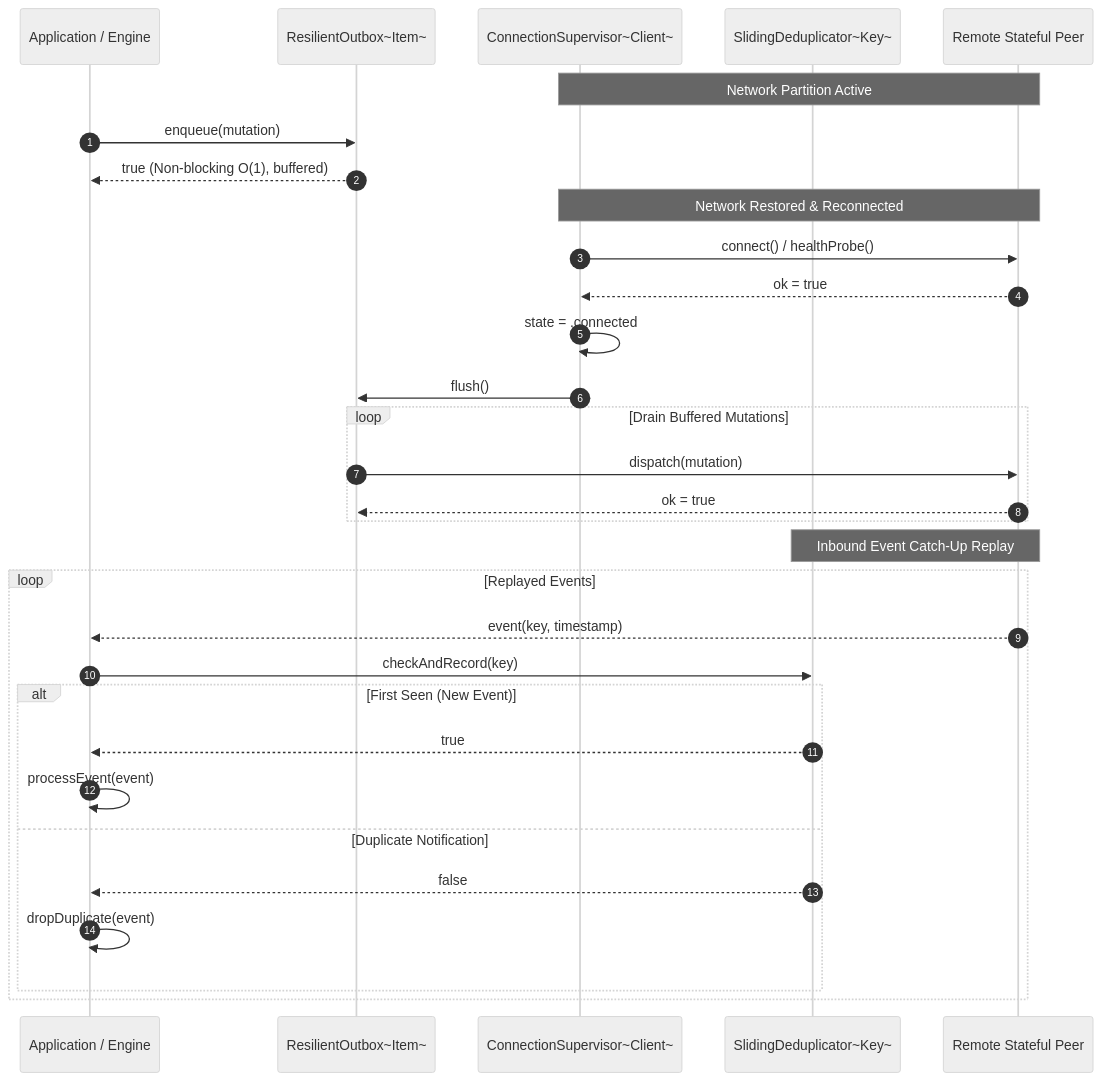
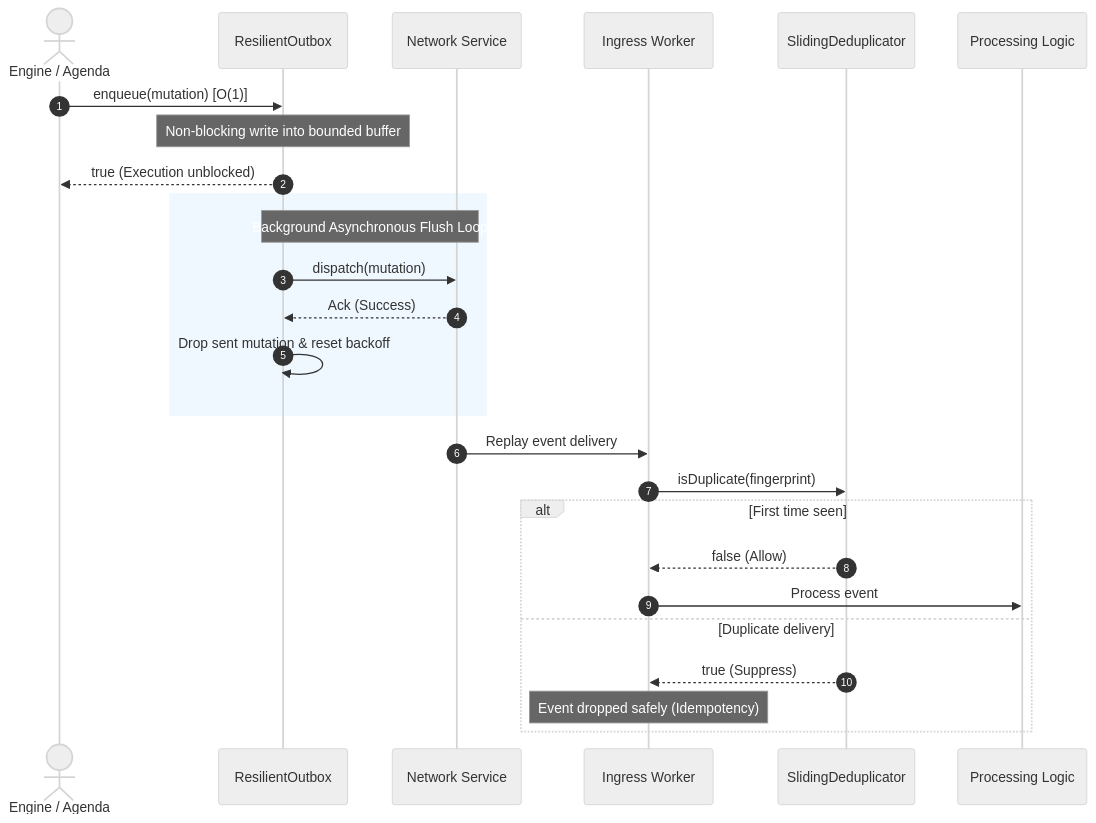
Before and after one commit to globalflea/DataStructuresSwift: the second of 4 diagrams in Docs/Design/01_DATA_STRUCTURES_AND_RESILIENCE_SPECIFICATION.md, drawn with Mermaid (neutral theme). The commit also changed other lines of this file and 8 other files, not shown here.

````diff
--- a/Docs/Design/01_DATA_STRUCTURES_AND_RESILIENCE_SPECIFICATION.md
+++ b/Docs/Design/01_DATA_STRUCTURES_AND_RESILIENCE_SPECIFICATION.md
@@ -91,37 +116,31 @@
 ```mermaid
 sequenceDiagram
     autonumber
-    participant Caller as Application / Engine
-    participant Outbox as ResilientOutbox~Item~
-    participant Supervisor as ConnectionSupervisor~Client~
-    participant Deduplicator as SlidingDeduplicator~Key~
-    participant Peer as Remote Stateful Peer
+    actor Caller as Engine / Agenda
+    participant Outbox as ResilientOutbox
+    participant Remote as Network Service
+    participant Ingress as Ingress Worker
+    participant Dedup as SlidingDeduplicator
+    participant Handler as Processing Logic
 
-    Note over Supervisor,Peer: Network Partition Active
-    Caller->>Outbox: enqueue(mutation)
-    Outbox-->>Caller: true (Non-blocking O(1), buffered)
-
-    Note over Supervisor,Peer: Network Restored & Reconnected
-    Supervisor->>Peer: connect() / healthProbe()
-    Peer-->>Supervisor: ok = true
-    Supervisor->>Supervisor: state = .connected
-
-    Supervisor->>Outbox: flush()
-    loop Drain Buffered Mutations
-        Outbox->>Peer: dispatch(mutation)
-        Peer-->>Outbox: ok = true
+    Caller->>Outbox: enqueue(mutation) [O(1)]
+    Note over Outbox: Non-blocking write into bounded buffer
+    Outbox-->>Caller: true (Execution unblocked)
+    
+    rect rgb(240, 248, 255)
+        Note over Outbox,Remote: Background Asynchronous Flush Loop
+        Outbox->>Remote: dispatch(mutation)
+        Remote-->>Outbox: Ack (Success)
+        Outbox->>Outbox: Drop sent mutation & reset backoff
     end
 
-    Note over Peer,Deduplicator: Inbound Event Catch-Up Replay
-    loop Replayed Events
-        Peer-->>Caller: event(key, timestamp)
-        Caller->>Deduplicator: checkAndRecord(key)
-        alt First Seen (New Event)
-            Deduplicator-->>Caller: true
-            Caller->>Caller: processEvent(event)
-        else Duplicate Notification
-            Deduplicator-->>Caller: false
-            Caller->>Caller: dropDuplicate(event)
-        end
+    Remote->>Ingress: Replay event delivery
+    Ingress->>Dedup: isDuplicate(fingerprint)
+    alt First time seen
+        Dedup-->>Ingress: false (Allow)
+        Ingress->>Handler: Process event
+    else Duplicate delivery
+        Dedup-->>Ingress: true (Suppress)
+        Note over Ingress: Event dropped safely (Idempotency)
     end
 ```
````
